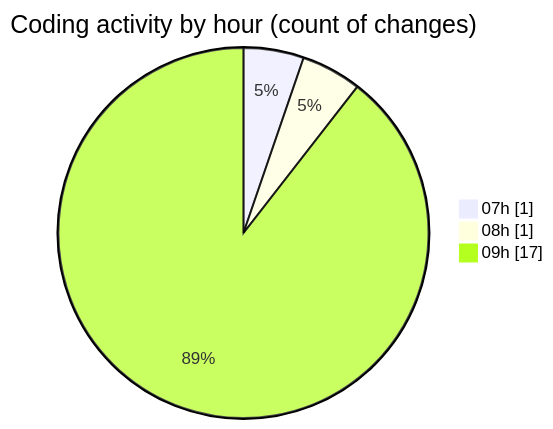
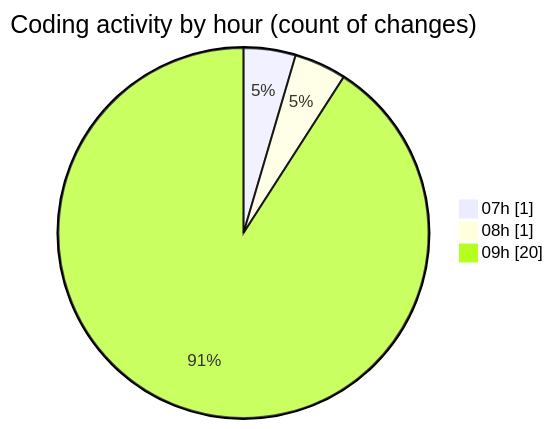
The second of 2 diagrams in 2025-04-24/zeytoon/README.md (vahidmafi/code-tracking), drawn with Mermaid before and after one commit. The commit also changed other lines of this file and 1 other file, not shown here.

````diff
--- a/2025-04-24/zeytoon/README.md
+++ b/2025-04-24/zeytoon/README.md
@@ -30,7 +30,7 @@
 ```mermaid
 pie showData
 title Coding activity by hour (count of changes)
 "07h" : 1
 "08h" : 1
-"09h" : 17
+"09h" : 20
 ```
````
